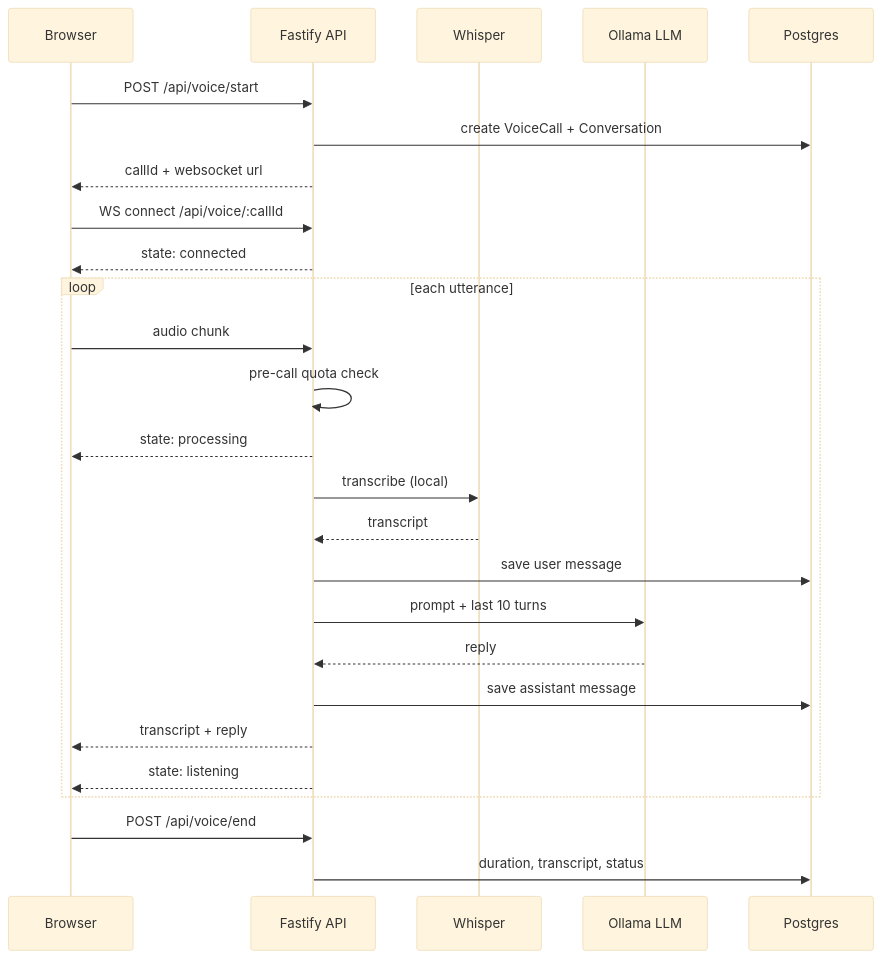
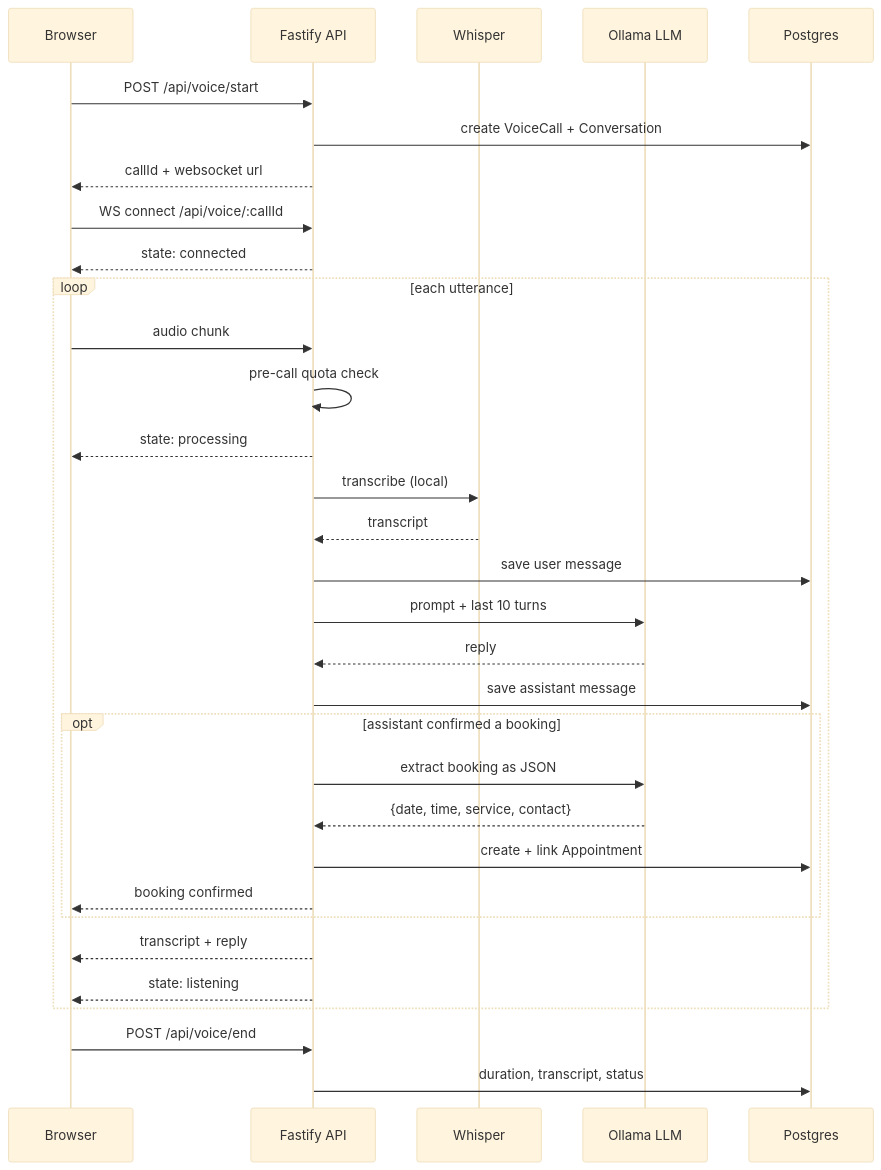
The diagram in README.md (jrailey13/voice-booking-agent), drawn with Mermaid (base theme) before and after one commit. The commit also changed other lines of this file and 16 other files, not shown here.

First line of the commit message:
feat(booking): commit confirmed conversations to real appointments

````diff
--- a/README.md
+++ b/README.md
@@ -13,31 +13,37 @@
 ```mermaid
 sequenceDiagram
     participant B as Browser
     participant A as Fastify API
     participant W as Whisper
     participant O as Ollama LLM
     participant P as Postgres
 
     B->>A: POST /api/voice/start
     A->>P: create VoiceCall + Conversation
     A-->>B: callId + websocket url
     B->>A: WS connect /api/voice/:callId
     A-->>B: state: connected
 
     loop each utterance
         B->>A: audio chunk
         A->>A: pre-call quota check
         A-->>B: state: processing
         A->>W: transcribe (local)
         W-->>A: transcript
         A->>P: save user message
         A->>O: prompt + last 10 turns
         O-->>A: reply
         A->>P: save assistant message
+        opt assistant confirmed a booking
+            A->>O: extract booking as JSON
+            O-->>A: {date, time, service, contact}
+            A->>P: create + link Appointment
+            A-->>B: booking confirmed
+        end
         A-->>B: transcript + reply
         A-->>B: state: listening
     end
 
     B->>A: POST /api/voice/end
     A->>P: duration, transcript, status
 ```
````
